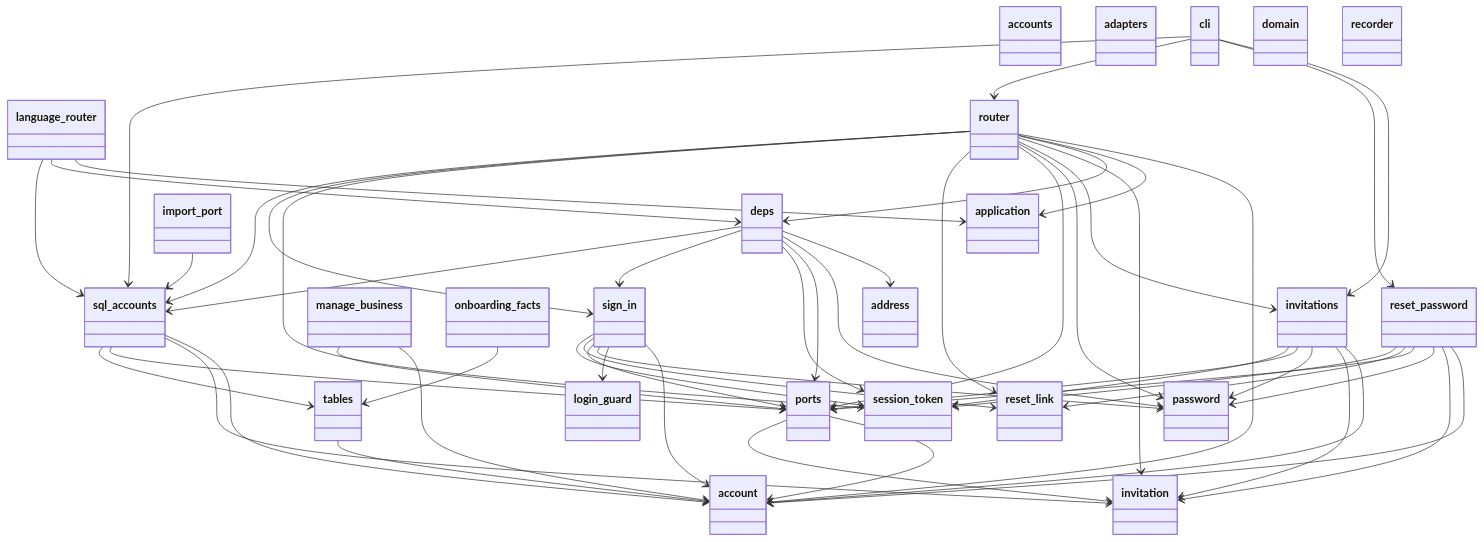
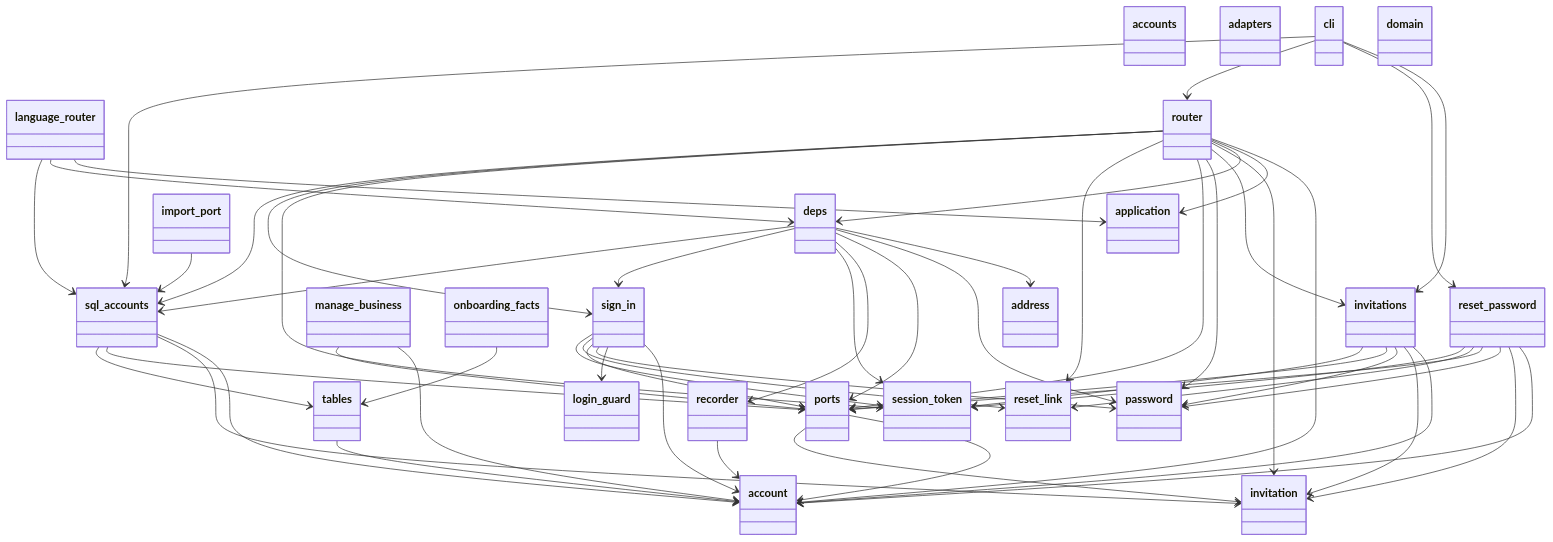
Before and after one commit to GonzaloZevallos/apostrophe: the first of 4 diagrams in docs/architecture/generated/classes/accounts.md, drawn with Mermaid. The commit also changed 2 other files, not shown here.

Commit message:
chore(docs): regenerate [skip ci]

```diff
--- a/docs/architecture/generated/classes/accounts.md
+++ b/docs/architecture/generated/classes/accounts.md
@@ -63,6 +63,7 @@
   deps --> address
   deps --> password
   deps --> ports
+  deps --> recorder
   deps --> session_token
   deps --> sign_in
   deps --> sql_accounts
@@ -80,6 +81,7 @@
   onboarding_facts --> tables
   ports --> account
   ports --> invitation
+  recorder --> account
   reset_password --> account
   reset_password --> invitation
   reset_password --> password
```
